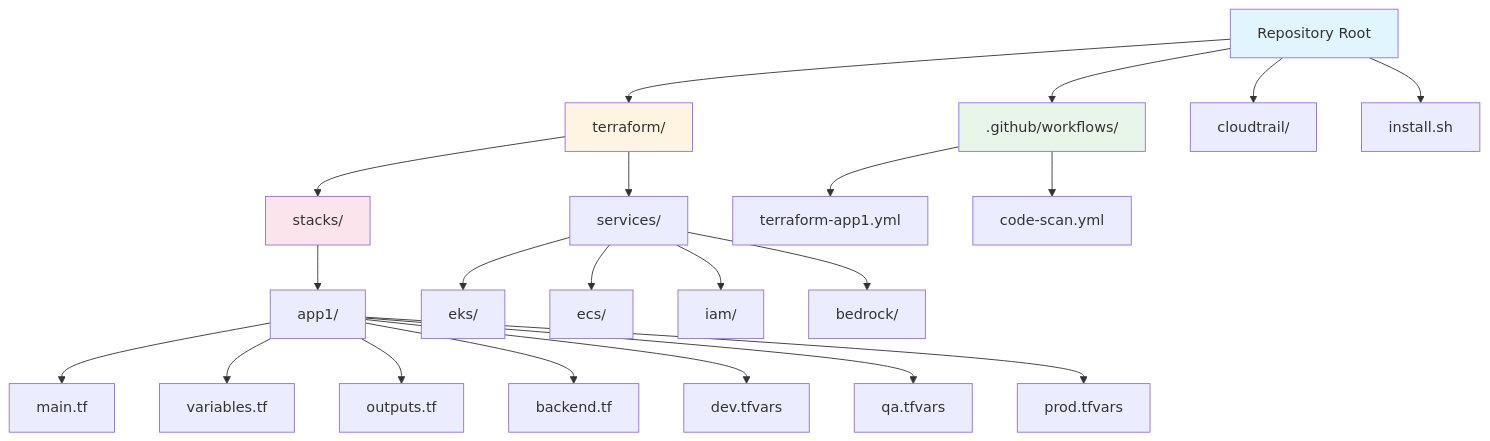
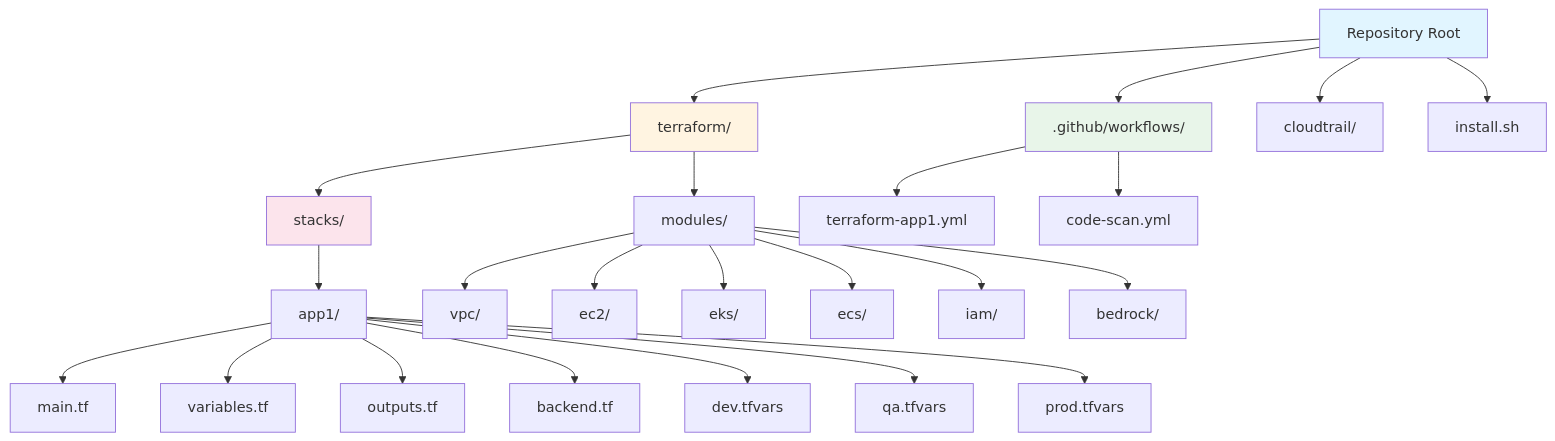
One commit to vegatros/repo1 changed the first of 13 diagrams in DIAGRAMS.md. Above: the diagram before and after it, drawn with Mermaid. The commit also changed 25 other files, not shown here.

Commit message:
Rename terraform/services to terraform/modules

````diff
--- a/DIAGRAMS.md
+++ b/DIAGRAMS.md
@@ -18,32 +18,34 @@
 ```mermaid
 graph TD
     A[Repository Root] --> B[terraform/]
     A --> C[.github/workflows/]
     A --> D[cloudtrail/]
     A --> E[install.sh]
     
     B --> B1[stacks/]
-    B --> B2[services/]
+    B --> B2[modules/]
     
     B1 --> B1A[app1/]
     B1A --> B1A1[main.tf]
     B1A --> B1A2[variables.tf]
     B1A --> B1A3[outputs.tf]
     B1A --> B1A4[backend.tf]
     B1A --> B1A5[dev.tfvars]
     B1A --> B1A6[qa.tfvars]
     B1A --> B1A7[prod.tfvars]
     
-    B2 --> B2A[eks/]
-    B2 --> B2B[ecs/]
-    B2 --> B2C[iam/]
-    B2 --> B2D[bedrock/]
+    B2 --> B2A[vpc/]
+    B2 --> B2B[ec2/]
+    B2 --> B2C[eks/]
+    B2 --> B2D[ecs/]
+    B2 --> B2E[iam/]
+    B2 --> B2F[bedrock/]
     
     C --> C1[terraform-app1.yml]
     C --> C2[code-scan.yml]
     
     style A fill:#e1f5ff
     style B fill:#fff4e1
     style C fill:#e8f5e9
     style B1 fill:#fce4ec
 ```
````
